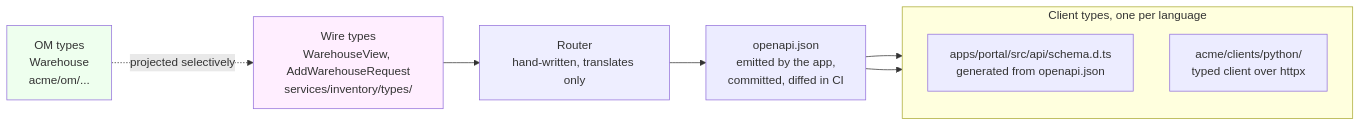
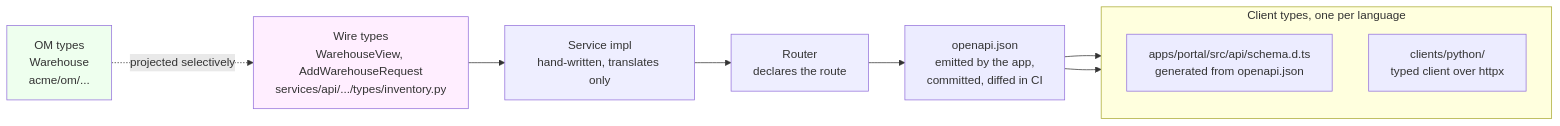
The second of 7 diagrams in architecture.md (Crack525/swe_guidelines), drawn with Mermaid before and after one commit. The commit also changed other lines of this file and 29 other files, not shown here.

````diff
--- a/architecture.md
+++ b/architecture.md
@@ -2265,23 +2293,26 @@
 ``` mermaid
 flowchart LR
     OM[OM types<br/>Warehouse<br/>acme/om/...]
-    View[Wire types<br/>WarehouseView, AddWarehouseRequest<br/>services/inventory/types/]
-    Router[Router<br/>hand-written, translates only]
+    View[Wire types<br/>WarehouseView, AddWarehouseRequest<br/>services/api/.../types/inventory.py]
+    Impl[Service impl<br/>hand-written, translates only]
+    Router[Router<br/>declares the route]
     OpenAPI[openapi.json<br/>emitted by the app,<br/>committed, diffed in CI]
 
     subgraph Clients [Client types, one per language]
         direction TB
         TsTypes[apps/portal/src/api/schema.d.ts<br/>generated from openapi.json]
-        PyClient[acme/clients/python/<br/>typed client over httpx]
+        PyClient[clients/python/<br/>typed client over httpx]
     end
 
     OM -. projected selectively .-> View
-    View --> Router
+    View --> Impl
+    Impl --> Router
     Router --> OpenAPI
     OpenAPI --> TsTypes
     OpenAPI --> PyClient
 
+    style Impl fill:#eef
     style Router fill:#eef
     style OM fill:#efe
     style View fill:#fef
 ```
````
